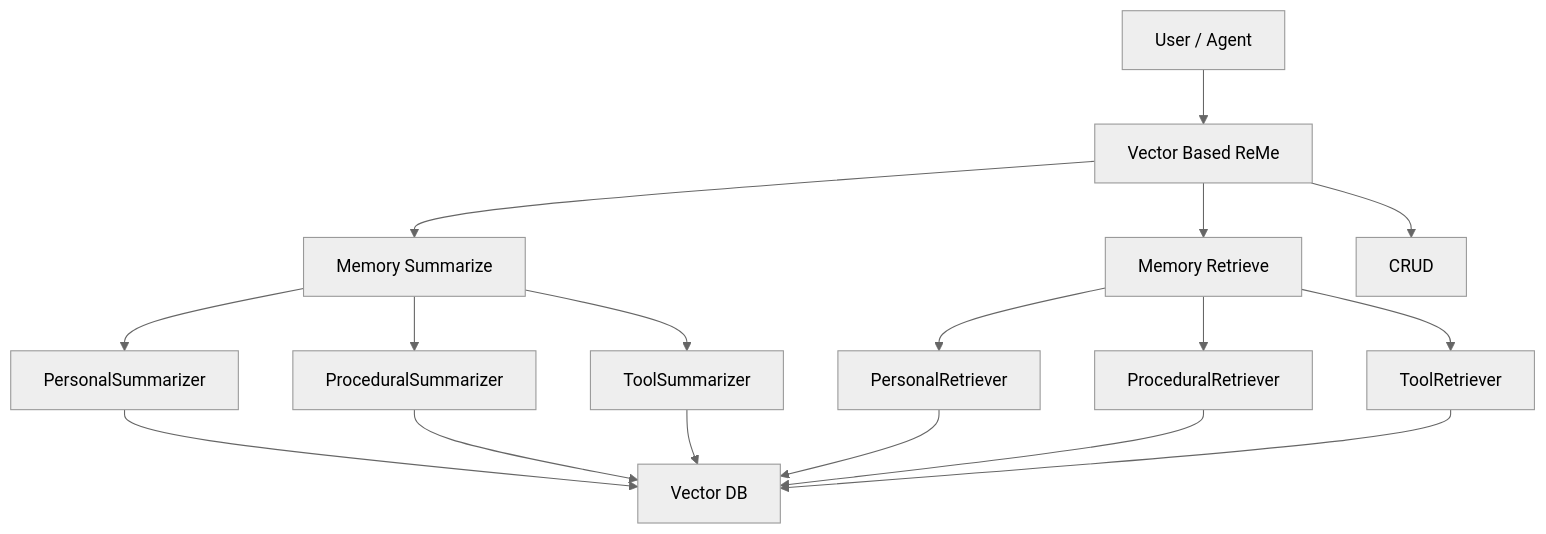
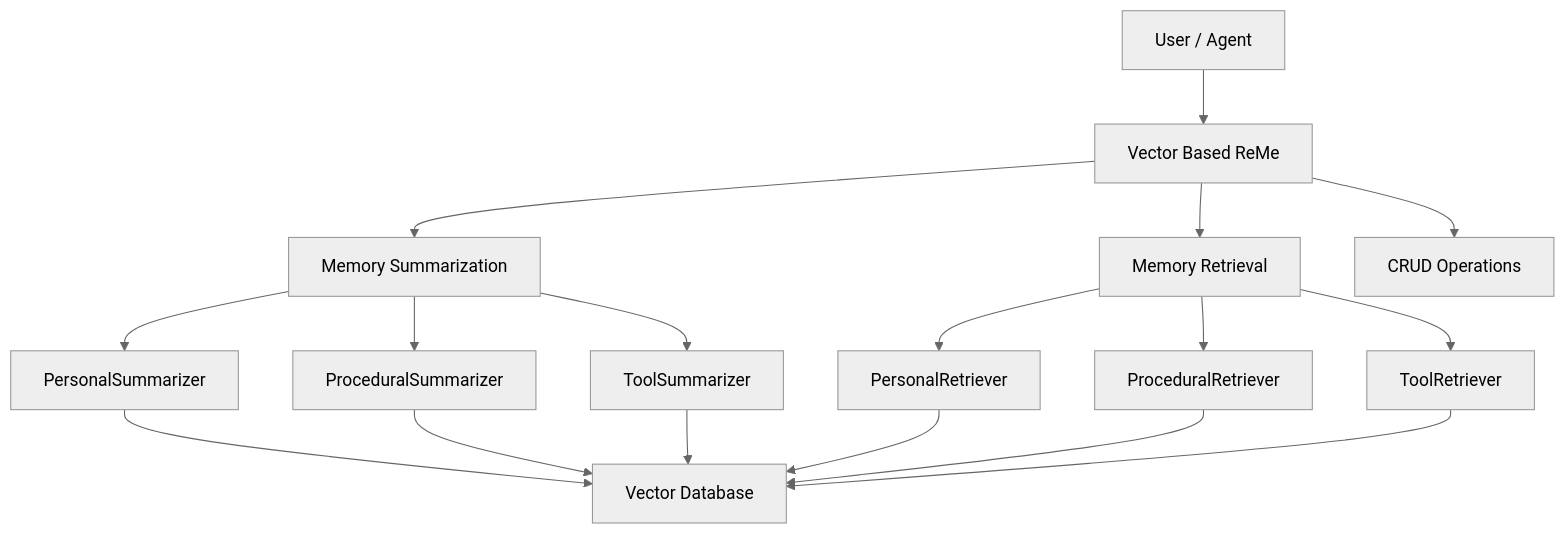
One commit to lllyyysss77/ReMe changed the sixth of 6 diagrams in README.md. Above: the diagram before and after it, drawn with Mermaid (neutral theme). The commit also changed other lines of this file and 46 other files, not shown here.

````diff
--- a/README.md
+++ b/README.md
@@ -529,19 +409,19 @@
 ```mermaid
 graph TB
     User[User / Agent] --> ReMe[Vector Based ReMe]
-    ReMe --> Summarize[Memory Summarize]
-    ReMe --> Retrieve[Memory Retrieve]
-    ReMe --> CRUD[CRUD]
+    ReMe --> Summarize[Memory Summarization]
+    ReMe --> Retrieve[Memory Retrieval]
+    ReMe --> CRUD[CRUD Operations]
     Summarize --> PersonalSum[PersonalSummarizer]
     Summarize --> ProceduralSum[ProceduralSummarizer]
     Summarize --> ToolSum[ToolSummarizer]
     Retrieve --> PersonalRet[PersonalRetriever]
     Retrieve --> ProceduralRet[ProceduralRetriever]
     Retrieve --> ToolRet[ToolRetriever]
-    PersonalSum --> VectorStore[Vector DB]
+    PersonalSum --> VectorStore[Vector Database]
     ProceduralSum --> VectorStore
     ToolSum --> VectorStore
     PersonalRet --> VectorStore
     ProceduralRet --> VectorStore
     ToolRet --> VectorStore
 ```
````
